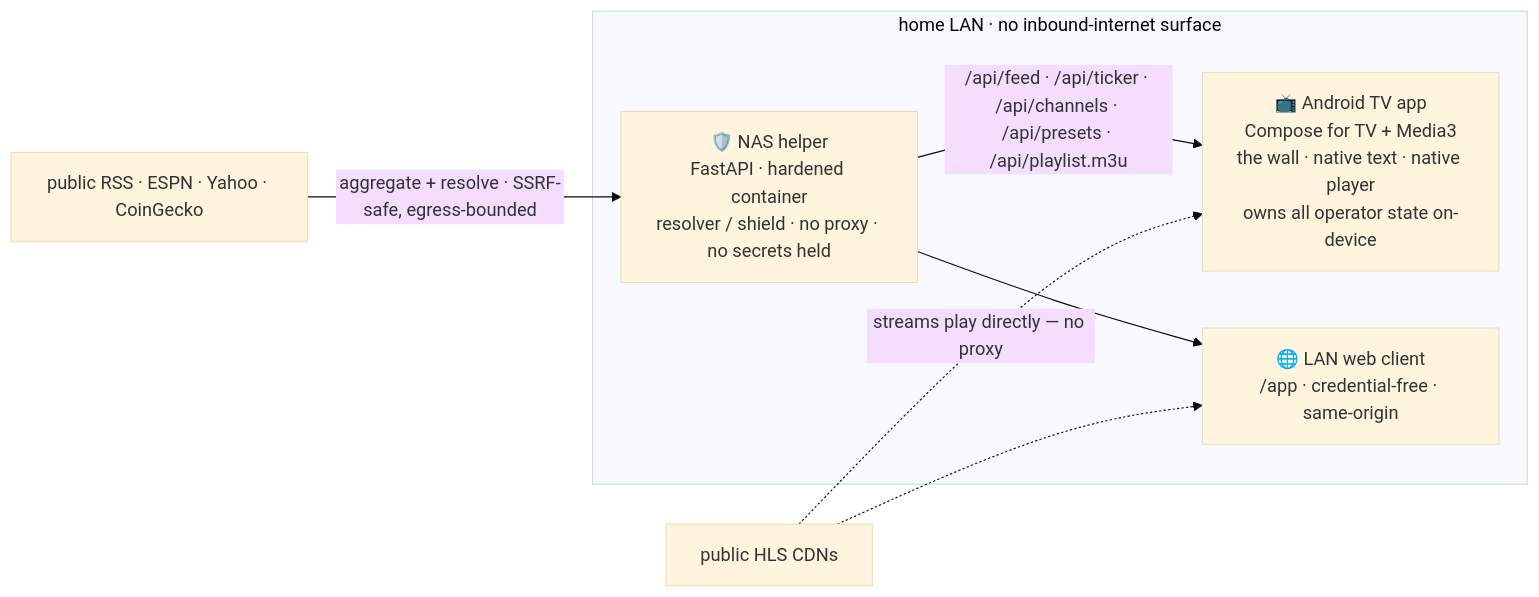
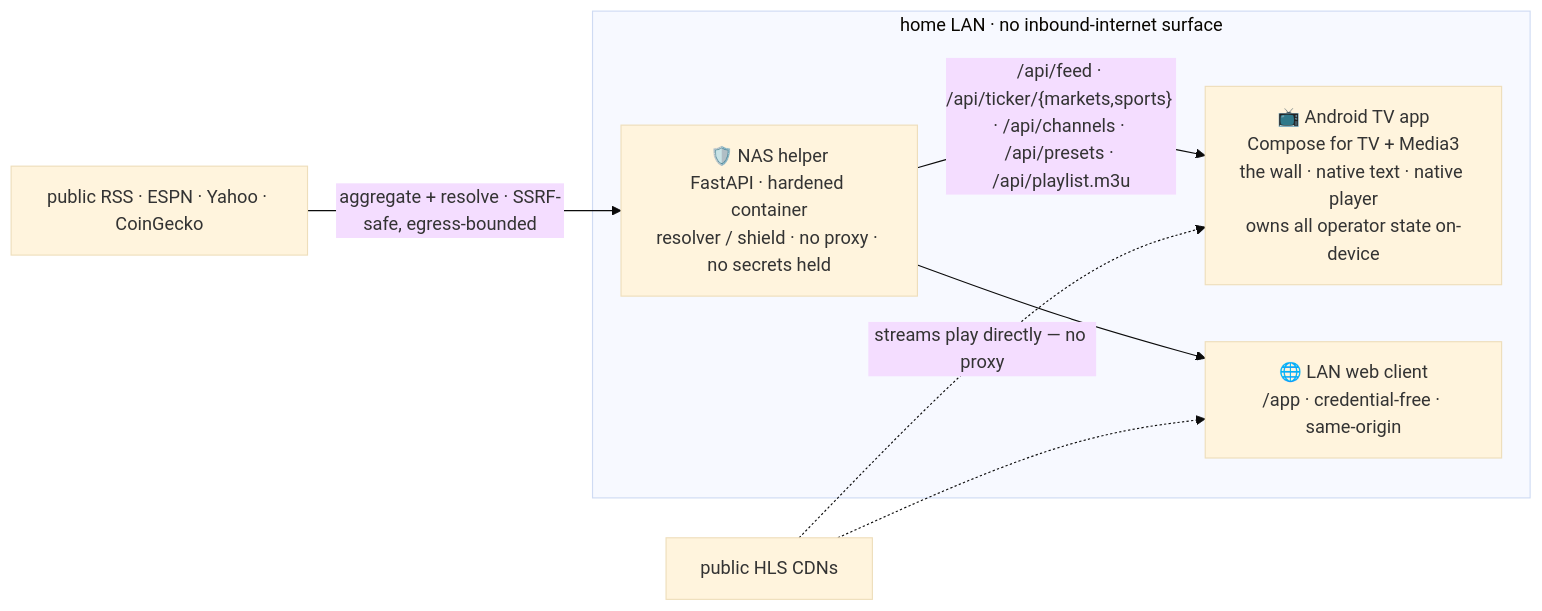
The diagram in README.md (wbuscombe/mymts), drawn with Mermaid (base theme) before and after one commit. The commit also changed other lines of this file and 7 other files, not shown here.

````diff
--- a/README.md
+++ b/README.md
@@ -153,15 +153,15 @@
 ```mermaid
 flowchart LR
   subgraph LAN["home LAN · no inbound-internet surface"]
     TV["📺 Android TV app<br/>Compose for TV + Media3<br/>the wall · native text · native player<br/>owns all operator state on-device"]
     HELPER["🛡️ NAS helper<br/>FastAPI · hardened container<br/>resolver / shield · no proxy · no secrets held"]
     WEB["🌐 LAN web client<br/>/app · credential-free · same-origin"]
   end
   SRC["public RSS · ESPN · Yahoo · CoinGecko"]
   CDN["public HLS CDNs"]
   SRC -->|"aggregate + resolve · SSRF-safe, egress-bounded"| HELPER
-  HELPER -->|"/api/feed · /api/ticker · /api/channels · /api/presets · /api/playlist.m3u"| TV
+  HELPER -->|"/api/feed · /api/ticker/{markets,sports} · /api/channels · /api/presets · /api/playlist.m3u"| TV
   HELPER --> WEB
   CDN -.->|"streams play directly — no proxy"| TV
   CDN -.-> WEB
 ```
````
